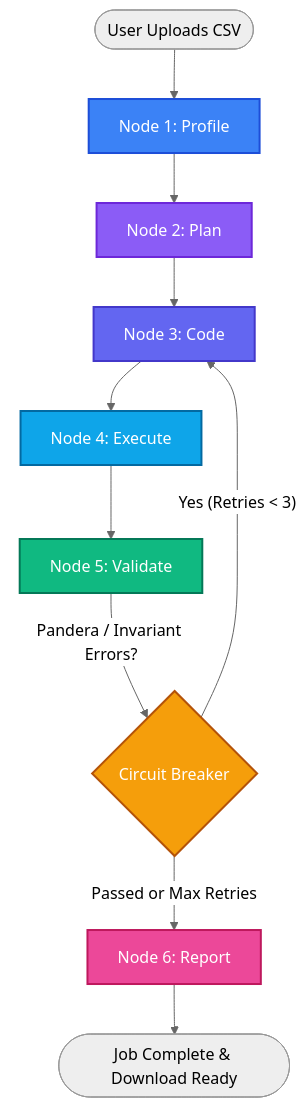
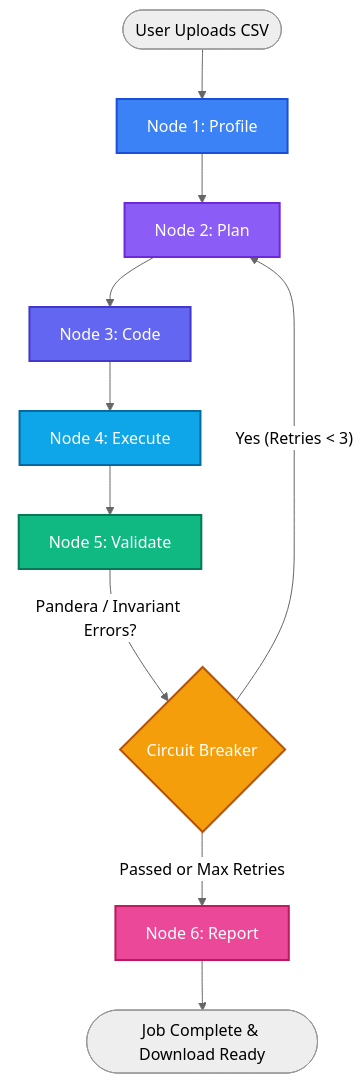
One commit to mkathir0/Agentic-Data-Preprocessing-System. changed the diagram in README.md. Above: the diagram before and after it, drawn with Mermaid (neutral theme). The commit also changed other lines of this file and 36 other files, not shown here.

````diff
--- a/README.md
+++ b/README.md
@@ -42,21 +74,21 @@
 ```mermaid
 graph TD
     A([User Uploads CSV]) --> B[Node 1: Profile]
     B --> C[Node 2: Plan]
     C --> D[Node 3: Code]
     D --> E[Node 4: Execute]
     E --> F[Node 5: Validate]
     
     F -->|Pandera / Invariant Errors?| G{Circuit Breaker}
-    G -->|"Yes (Retries &lt; 3)"| D
+    G -->|"Yes (Retries &lt; 3)"| C
     G -->|"Passed or Max Retries"| H[Node 6: Report]
     H --> I([Job Complete & Download Ready])
     
     style B fill:#3b82f6,stroke:#1d4ed8,stroke-width:2px,color:#fff
     style C fill:#8b5cf6,stroke:#6d28d9,stroke-width:2px,color:#fff
     style D fill:#6366f1,stroke:#4338ca,stroke-width:2px,color:#fff
     style E fill:#0ea5e9,stroke:#0369a1,stroke-width:2px,color:#fff
     style F fill:#10b981,stroke:#047857,stroke-width:2px,color:#fff
     style G fill:#f59e0b,stroke:#b45309,stroke-width:2px,color:#fff
     style H fill:#ec4899,stroke:#be185d,stroke-width:2px,color:#fff
 ```
````
